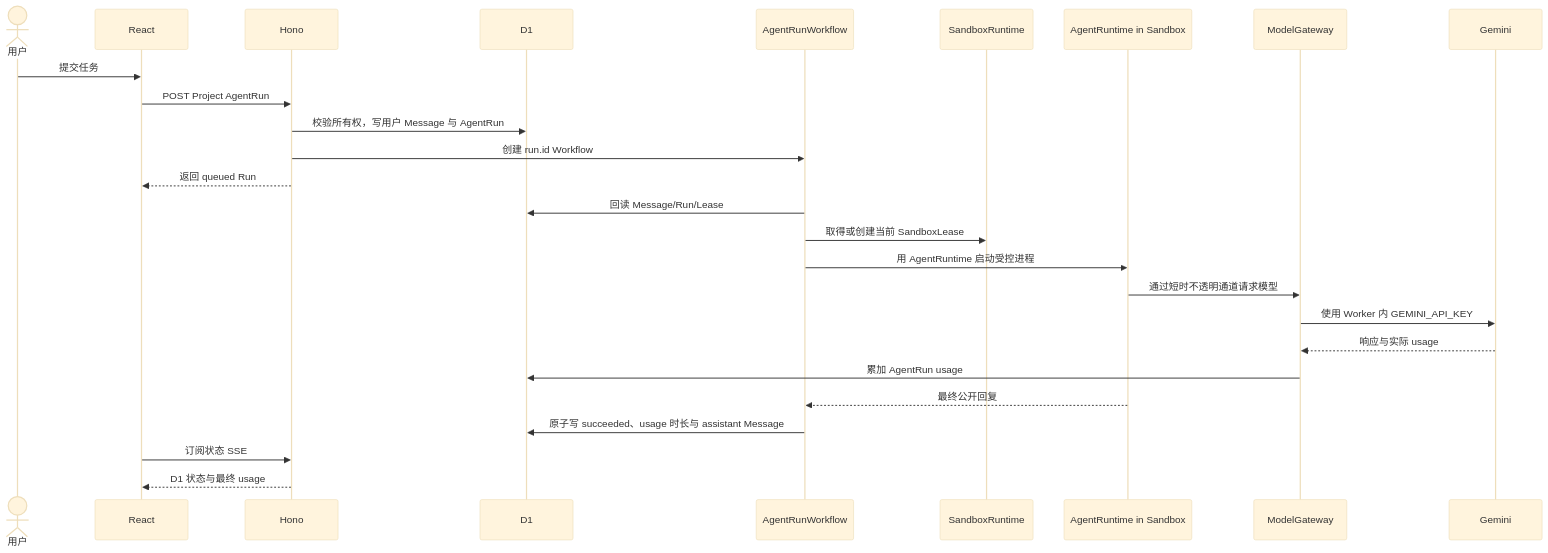
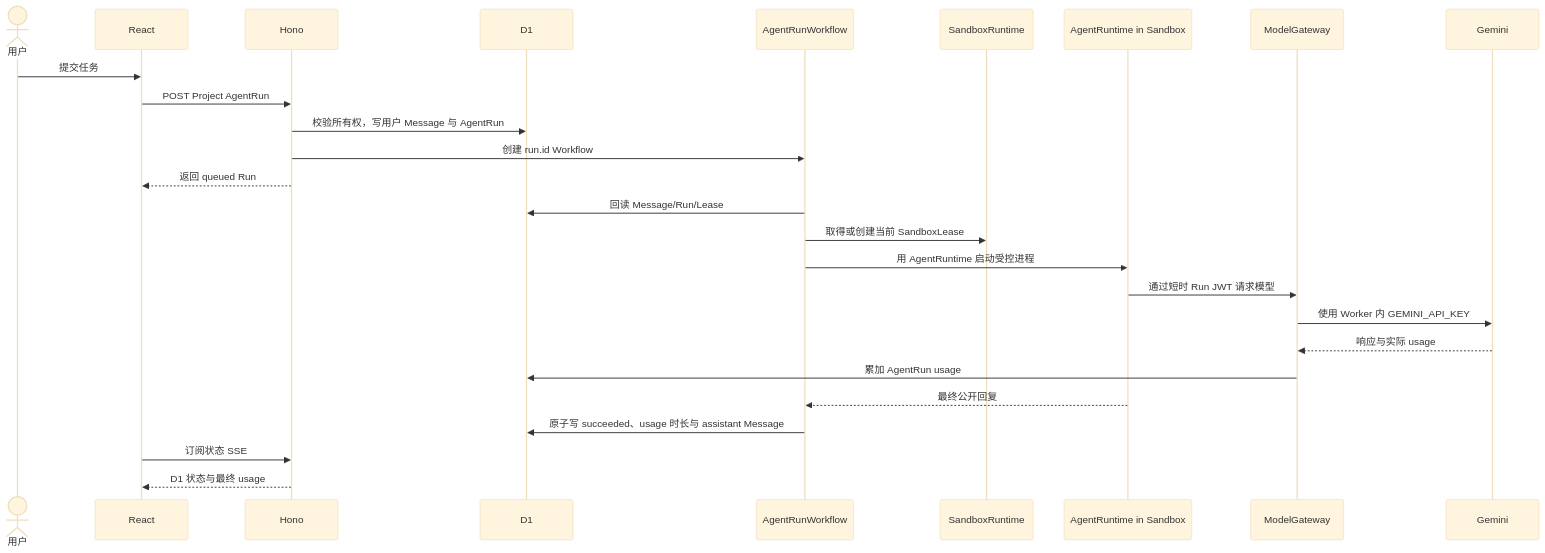
The second of 2 diagrams in docs/architecture/01-system-overview.md (DeyunMa/agent-online), drawn with Mermaid (base theme) before and after one commit. The commit also changed other lines of this file and 20 other files, not shown here.

First line of the commit message:
refactor(client): remove assistant-ui and unused schema tooling

````diff
--- a/docs/architecture/01-system-overview.md
+++ b/docs/architecture/01-system-overview.md
@@ -89,29 +93,29 @@
 ```mermaid
 sequenceDiagram
     actor User as 用户
     participant UI as React
     participant API as Hono
     participant DB as D1
     participant WF as AgentRunWorkflow
     participant SR as SandboxRuntime
     participant AG as AgentRuntime in Sandbox
     participant MG as ModelGateway
     participant GM as Gemini
 
     User->>UI: 提交任务
     UI->>API: POST Project AgentRun
     API->>DB: 校验所有权，写用户 Message 与 AgentRun
     API->>WF: 创建 run.id Workflow
     API-->>UI: 返回 queued Run
     WF->>DB: 回读 Message/Run/Lease
     WF->>SR: 取得或创建当前 SandboxLease
     WF->>AG: 用 AgentRuntime 启动受控进程
-    AG->>MG: 通过短时不透明通道请求模型
+    AG->>MG: 通过短时 Run JWT 请求模型
     MG->>GM: 使用 Worker 内 GEMINI_API_KEY
     GM-->>MG: 响应与实际 usage
     MG->>DB: 累加 AgentRun usage
     AG-->>WF: 最终公开回复
     WF->>DB: 原子写 succeeded、usage 时长与 assistant Message
     UI->>API: 订阅状态 SSE
     API-->>UI: D1 状态与最终 usage
 ```
````
